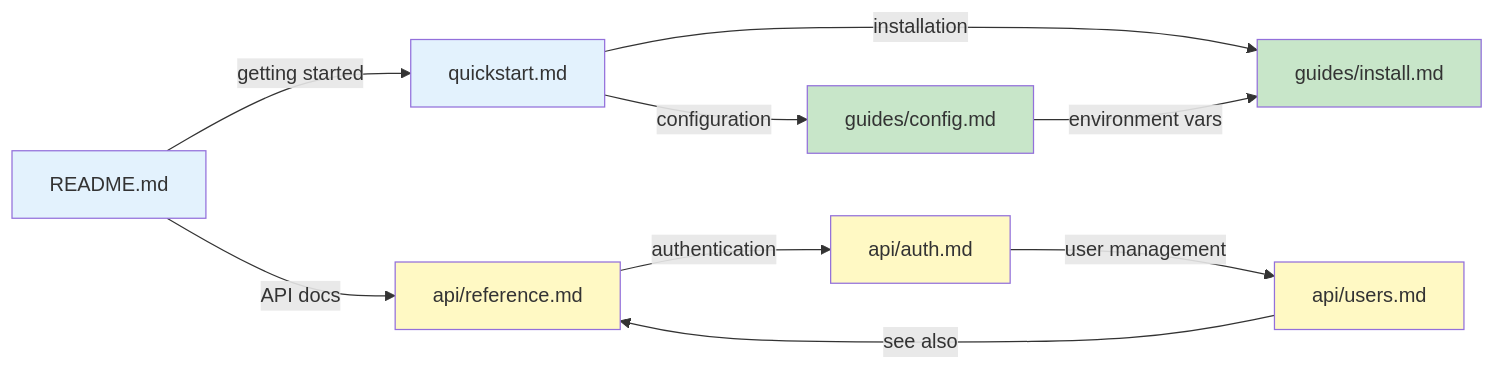
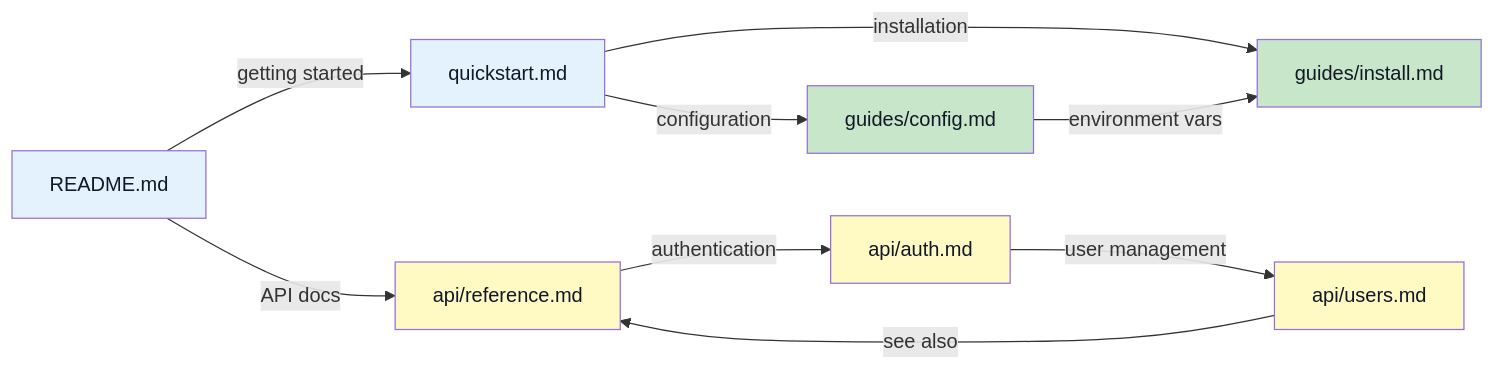
The second of 3 diagrams in docs/cli/concepts/link-graph.md (geckse/markdown-vdb), drawn with Mermaid before and after one commit. The commit also changed other lines of this file and 41 other files, not shown here.

````diff
--- a/docs/cli/concepts/link-graph.md
+++ b/docs/cli/concepts/link-graph.md
@@ -72,19 +102,19 @@
 ```mermaid
 graph LR
     README["README.md"] -->|"getting started"| QUICK["quickstart.md"]
     README -->|"API docs"| API["api/reference.md"]
     QUICK -->|"configuration"| CONFIG["guides/config.md"]
     QUICK -->|"installation"| INSTALL["guides/install.md"]
     API -->|"authentication"| AUTH["api/auth.md"]
     AUTH -->|"user management"| USERS["api/users.md"]
     CONFIG -->|"environment vars"| INSTALL
     USERS -->|"see also"| API
 
-    style README fill:#e3f2fd
-    style QUICK fill:#e3f2fd
-    style API fill:#fff9c4
-    style AUTH fill:#fff9c4
-    style USERS fill:#fff9c4
-    style CONFIG fill:#c8e6c9
-    style INSTALL fill:#c8e6c9
+    style README fill:#e3f2fd,color:#111827
+    style QUICK fill:#e3f2fd,color:#111827
+    style API fill:#fff9c4,color:#111827
+    style AUTH fill:#fff9c4,color:#111827
+    style USERS fill:#fff9c4,color:#111827
+    style CONFIG fill:#c8e6c9,color:#111827
+    style INSTALL fill:#c8e6c9,color:#111827
 ```
````
